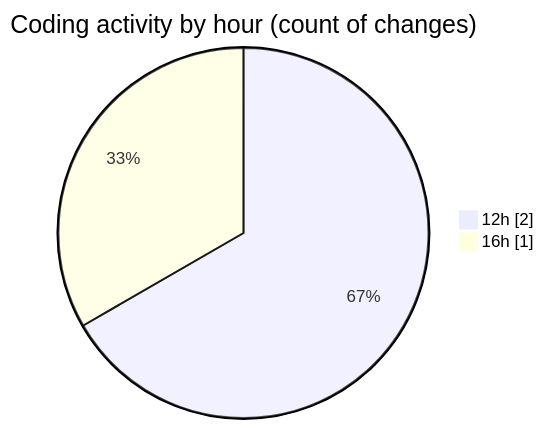
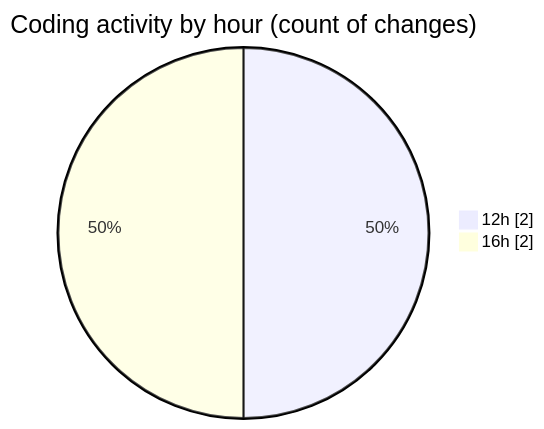
The second of 2 diagrams in 2025-11-11/cdp_aleoudev_fr__workspace_/README.md (julien-gomy/code-tracking), drawn with Mermaid before and after one commit. The commit also changed other lines of this file and 1 other file, not shown here.

````diff
--- a/2025-11-11/cdp_aleoudev_fr__workspace_/README.md
+++ b/2025-11-11/cdp_aleoudev_fr__workspace_/README.md
@@ -29,6 +30,6 @@
 ```mermaid
 pie showData
 title Coding activity by hour (count of changes)
 "12h" : 2
-"16h" : 1
+"16h" : 2
 ```
````
